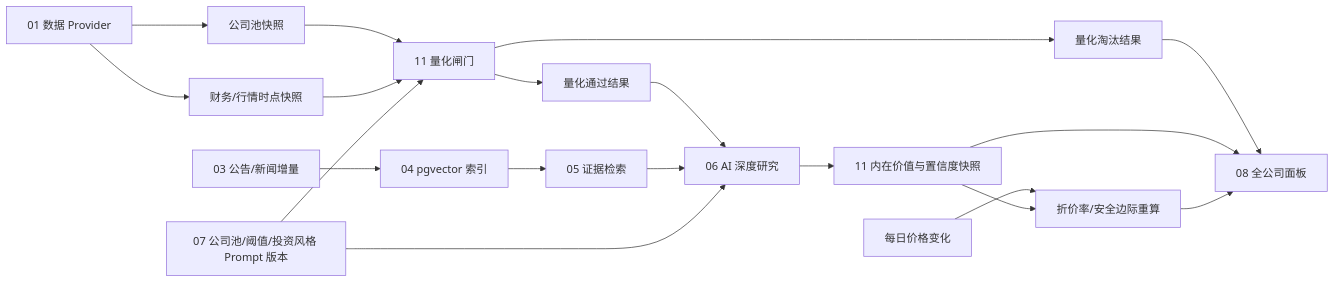
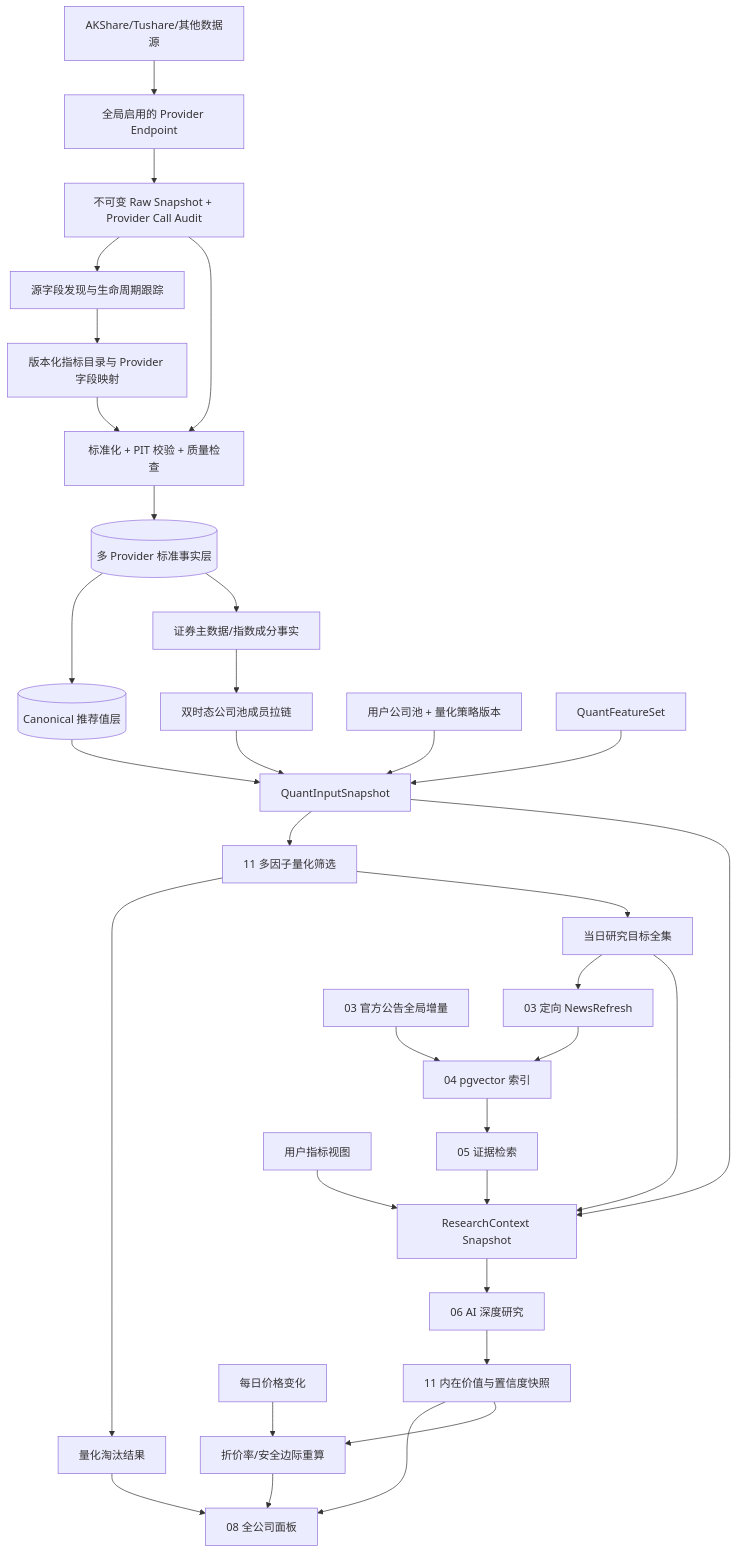
One commit to RickyW0529/Margin changed the first of 16 diagrams in docs/design/v0.2/architecture/Margin_架构设计_v0.2_中文.md. Above: the diagram before and after it, drawn with Mermaid. The commit also changed other lines of this file and 469 other files, not shown here.

````diff
--- a/docs/design/v0.2/architecture/Margin_架构设计_v0.2_中文.md
+++ b/docs/design/v0.2/architecture/Margin_架构设计_v0.2_中文.md
@@ -19,21 +19,35 @@
 ```mermaid
-flowchart LR
-    Provider[01 数据 Provider] --> Universe[公司池快照]
-    Universe --> Quant[11 量化闸门]
-    Provider --> Fundamental[财务/行情时点快照]
-    Fundamental --> Quant
+flowchart TB
+    External[AKShare/Tushare/其他数据源] --> Endpoint[全局启用的 Provider Endpoint]
+    Endpoint --> Raw[不可变 Raw Snapshot + Provider Call Audit]
+    Raw --> Discovery[源字段发现与生命周期跟踪]
+    Raw --> Standard[标准化 + PIT 校验 + 质量检查]
+    Discovery --> Mapping[版本化指标目录与 Provider 字段映射]
+    Mapping --> Standard
+    Standard --> Facts[(多 Provider 标准事实层)]
+    Facts --> Canonical[(Canonical 推荐值层)]
+    Facts --> Security[证券主数据/指数成分事实]
+    Security --> Universe[双时态公司池成员拉链]
+    Scope[用户公司池 + 量化策略版本] --> QuantInput[QuantInputSnapshot]
+    Universe --> QuantInput
+    Canonical --> QuantInput
+    QuantFeatures[QuantFeatureSet] --> QuantInput
+    QuantInput --> Quant[11 多因子量化筛选]
     Quant --> Rejected[量化淘汰结果]
-    Quant --> Passed[量化通过结果]
-    Filing[03 公告/新闻增量] --> Vector[04 pgvector 索引]
+    Quant --> Passed[当日研究目标全集]
+    Passed --> NewsRefresh[03 定向 NewsRefresh]
+    Filing[03 官方公告全局增量] --> Vector[04 pgvector 索引]
+    NewsRefresh --> Vector
     Vector --> Evidence[05 证据检索]
-    Passed --> Research[06 AI 深度研究]
-    Evidence --> Research
-    Strategy[07 公司池/阈值/投资风格 Prompt 版本] --> Quant
-    Strategy --> Research
+    Passed --> ResearchContext[ResearchContext Snapshot]
+    QuantInput --> ResearchContext
+    View[用户指标视图] --> ResearchContext
+    Evidence --> ResearchContext
+    ResearchContext --> Research[06 AI 深度研究]
     Research --> Valuation[11 内在价值与置信度快照]
     Rejected --> Dashboard[08 全公司面板]
     Valuation --> Dashboard
     Price[每日价格变化] --> Reprice[折价率/安全边际重算]
     Valuation --> Reprice
     Reprice --> Dashboard
 ```
````
